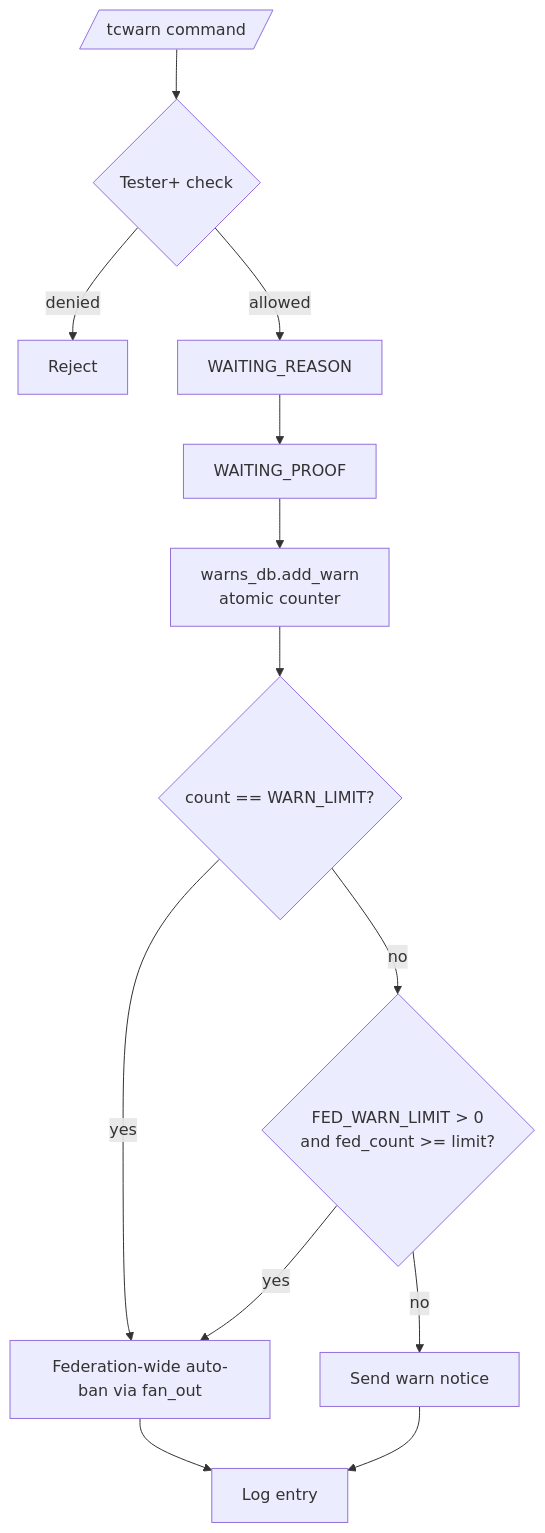
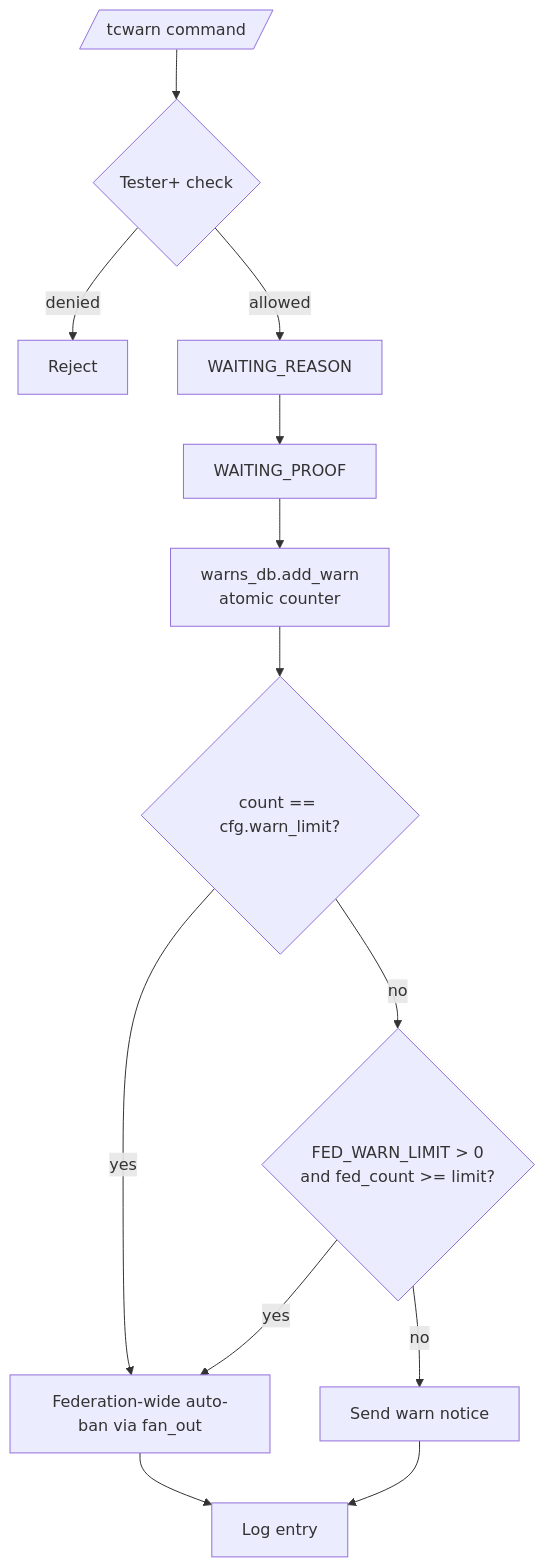
One commit to D1ZZY4/tcbot changed the diagram in docs/warnings-detailed.md. Above: the diagram before and after it, drawn with Mermaid. The commit also changed other lines of this file and 5 other files, not shown here.

````diff
--- a/docs/warnings-detailed.md
+++ b/docs/warnings-detailed.md
@@ -7,15 +7,15 @@
 ```mermaid
 flowchart TD
     Cmd[/tcwarn command/] --> Permission{Tester+ check}
     Permission -->|denied| End1[Reject]
     Permission -->|allowed| Reason[WAITING_REASON]
     Reason --> Proof[WAITING_PROOF]
     Proof --> AddWarn[warns_db.add_warn<br/>atomic counter]
-    AddWarn --> CheckPerGroup{count == WARN_LIMIT?}
+    AddWarn --> CheckPerGroup{count == cfg.warn_limit?}
     CheckPerGroup -->|yes| AutoBan[Federation-wide auto-ban via fan_out]
     CheckPerGroup -->|no| CheckFed{FED_WARN_LIMIT > 0<br/>and fed_count >= limit?}
     CheckFed -->|yes| AutoBan
     CheckFed -->|no| Notify[Send warn notice]
     Notify --> Log[Log entry]
     AutoBan --> Log
 ```
````
